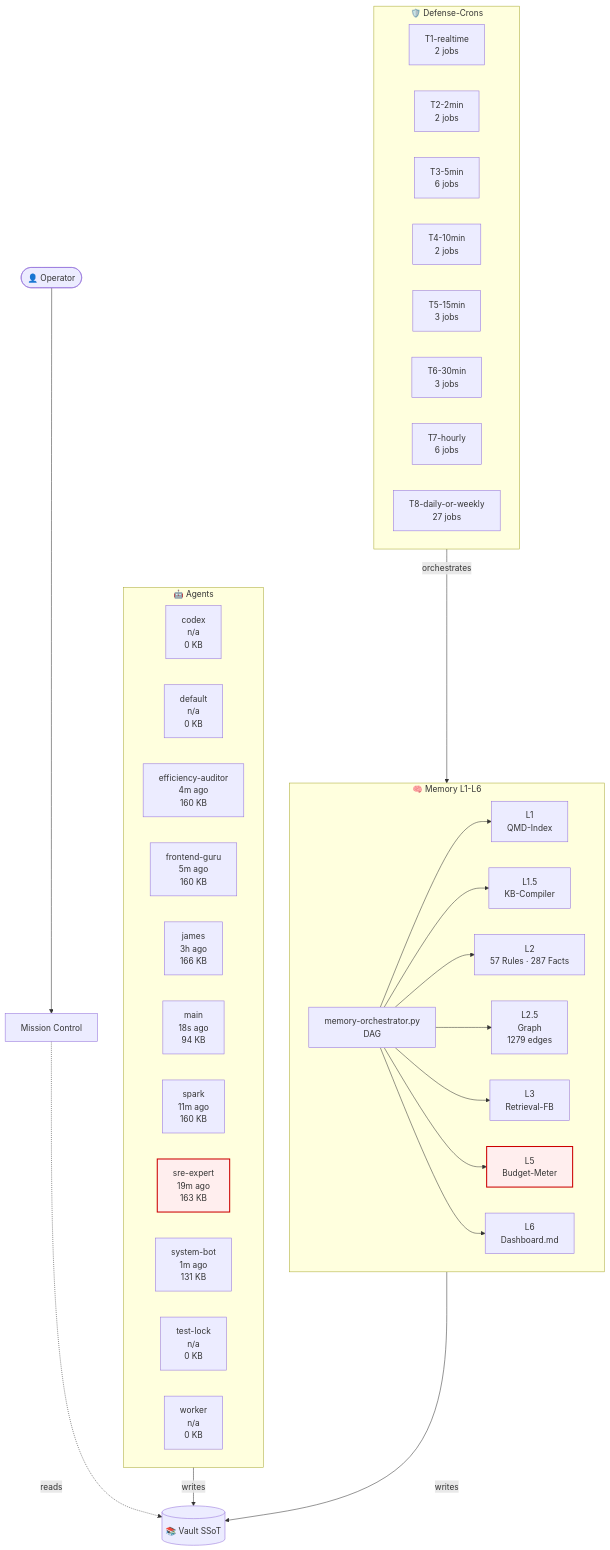
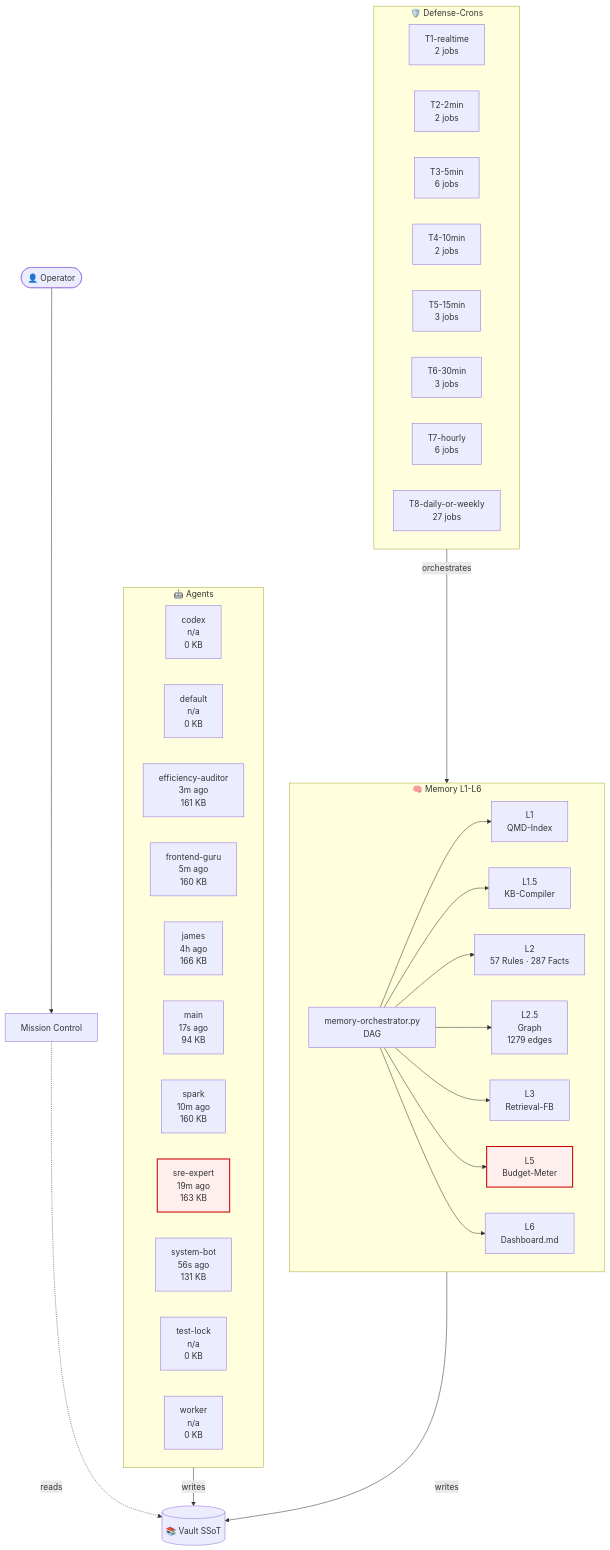
One commit to lenardhuebner88-rgb/openclaw-memory changed the diagram in 03-Agents/architecture-live.md. Above: the diagram before and after it, drawn with Mermaid. The commit also changed other lines of this file and 11 other files, not shown here.

````diff
--- a/03-Agents/architecture-live.md
+++ b/03-Agents/architecture-live.md
@@ -18,54 +18,54 @@
 ```mermaid
 flowchart TB
     classDef critical fill:#fee,stroke:#c00,stroke-width:2px;
     subgraph AGT["🤖 Agents"]
         agent_codex["codex<br/>n/a<br/>0 KB"]
         agent_default["default<br/>n/a<br/>0 KB"]
-        agent_efficiency_auditor["efficiency-auditor<br/>4m ago<br/>160 KB"]
+        agent_efficiency_auditor["efficiency-auditor<br/>3m ago<br/>161 KB"]
         agent_frontend_guru["frontend-guru<br/>5m ago<br/>160 KB"]
-        agent_james["james<br/>3h ago<br/>166 KB"]
-        agent_main["main<br/>18s ago<br/>94 KB"]
-        agent_spark["spark<br/>11m ago<br/>160 KB"]
+        agent_james["james<br/>4h ago<br/>166 KB"]
+        agent_main["main<br/>17s ago<br/>94 KB"]
+        agent_spark["spark<br/>10m ago<br/>160 KB"]
         agent_sre_expert["sre-expert<br/>19m ago<br/>163 KB"]
-        agent_system_bot["system-bot<br/>1m ago<br/>131 KB"]
+        agent_system_bot["system-bot<br/>56s ago<br/>131 KB"]
         agent_test_lock["test-lock<br/>n/a<br/>0 KB"]
         agent_worker["worker<br/>n/a<br/>0 KB"]
     end
     subgraph MEM["🧠 Memory L1-L6"]
         L1["L1<br/>QMD-Index"]
         L15["L1.5<br/>KB-Compiler"]
         L2["L2<br/>57 Rules · 287 Facts"]
         L25["L2.5<br/>Graph<br/>1279 edges"]
         L3["L3<br/>Retrieval-FB"]
         L5["L5<br/>Budget-Meter"]
         L6["L6<br/>Dashboard.md"]
         ORCH["memory-orchestrator.py<br/>DAG"]
     end
     subgraph CRN["🛡️ Defense-Crons"]
         tier_T1_realtime["T1-realtime<br/>2 jobs"]
         tier_T2_2min["T2-2min<br/>2 jobs"]
         tier_T3_5min["T3-5min<br/>6 jobs"]
         tier_T4_10min["T4-10min<br/>2 jobs"]
         tier_T5_15min["T5-15min<br/>3 jobs"]
         tier_T6_30min["T6-30min<br/>3 jobs"]
         tier_T7_hourly["T7-hourly<br/>6 jobs"]
         tier_T8_daily_or_weekly["T8-daily-or-weekly<br/>27 jobs"]
     end
     VAULT[("📚 Vault SSoT")]
     OP([👤 Operator])
     MC["Mission Control"]
     OP --> MC
     MC -.reads.-> VAULT
     AGT -->|writes| VAULT
     MEM -->|writes| VAULT
     ORCH --> L1
     ORCH --> L15
     ORCH --> L2
     ORCH --> L25
     ORCH --> L3
     ORCH --> L5
     ORCH --> L6
     CRN -->|orchestrates| MEM
     class L5 critical
     class agent_sre_expert critical
 ```
````
